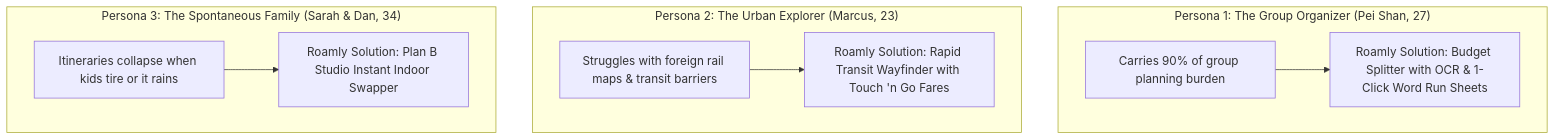
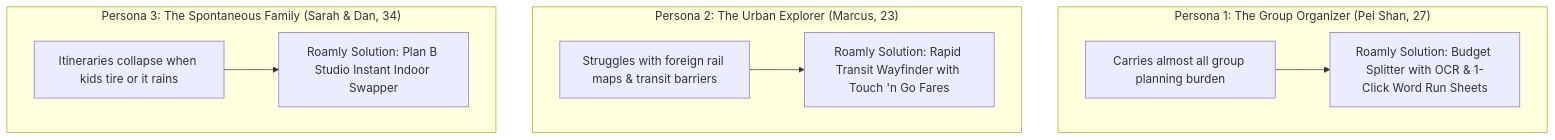
Before and after one commit to sharonxinn/Plan_Trip: diagram 14 of 15 in README.md, drawn with Mermaid. The commit also changed other lines of this file, not shown here.

````diff
--- a/README.md
+++ b/README.md
@@ -802,12 +882,12 @@
 ```mermaid
 graph TD
     subgraph P1 ["Persona 1: The Group Organizer (Pei Shan, 27)"]
-        A1["Carries 90% of group planning burden"] --> S1["Roamly Solution: Budget Splitter with OCR & 1-Click Word Run Sheets"]
+        A1["Carries almost all group planning burden"] --> S1["Roamly Solution: Budget Splitter with OCR & 1-Click Word Run Sheets"]
     end
     subgraph P2 ["Persona 2: The Urban Explorer (Marcus, 23)"]
         A2["Struggles with foreign rail maps & transit barriers"] --> S2["Roamly Solution: Rapid Transit Wayfinder with Touch 'n Go Fares"]
     end
     subgraph P3 ["Persona 3: The Spontaneous Family (Sarah & Dan, 34)"]
         A3["Itineraries collapse when kids tire or it rains"] --> S3["Roamly Solution: Plan B Studio Instant Indoor Swapper"]
     end
 ```
````
